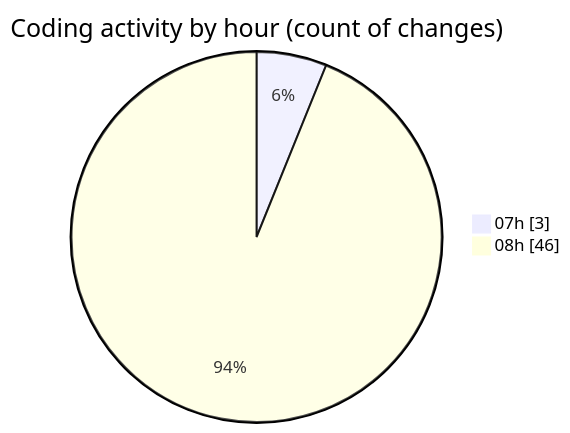
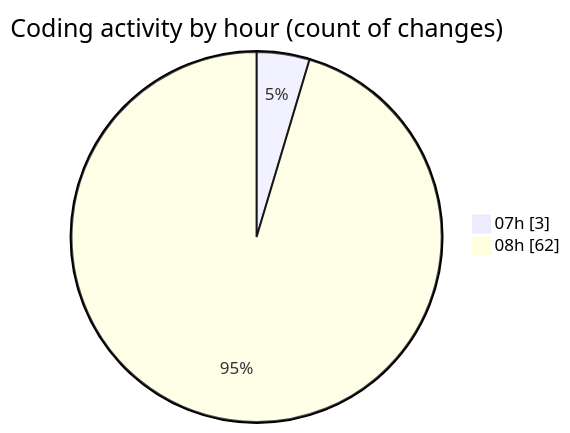
One commit to lephambinh05/code-tracking changed the second of 2 diagrams in 2025-07-10/toolsopenemalpass/README.md. Above: the diagram before and after it, drawn with Mermaid. The commit also changed other lines of this file and 1 other file, not shown here.

````diff
--- a/2025-07-10/toolsopenemalpass/README.md
+++ b/2025-07-10/toolsopenemalpass/README.md
@@ -56,6 +63,6 @@
 ```mermaid
 pie showData
 title Coding activity by hour (count of changes)
 "07h" : 3
-"08h" : 46
+"08h" : 62
 ```
````
